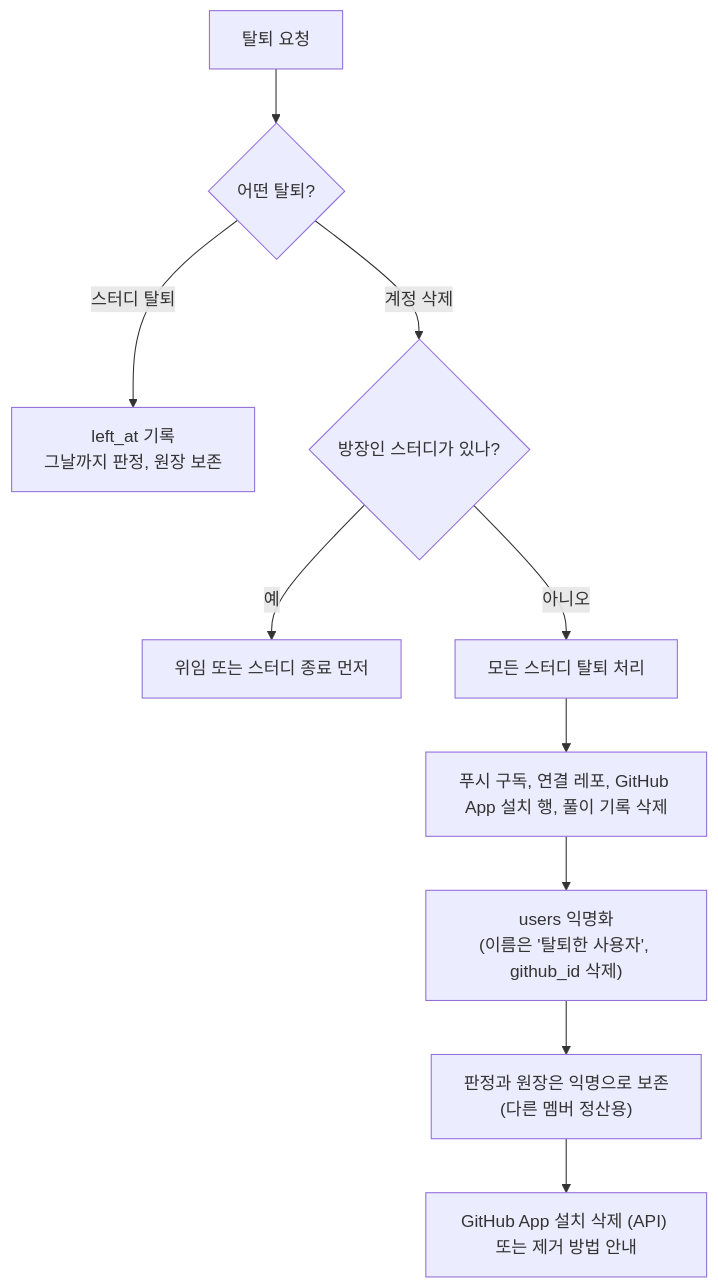
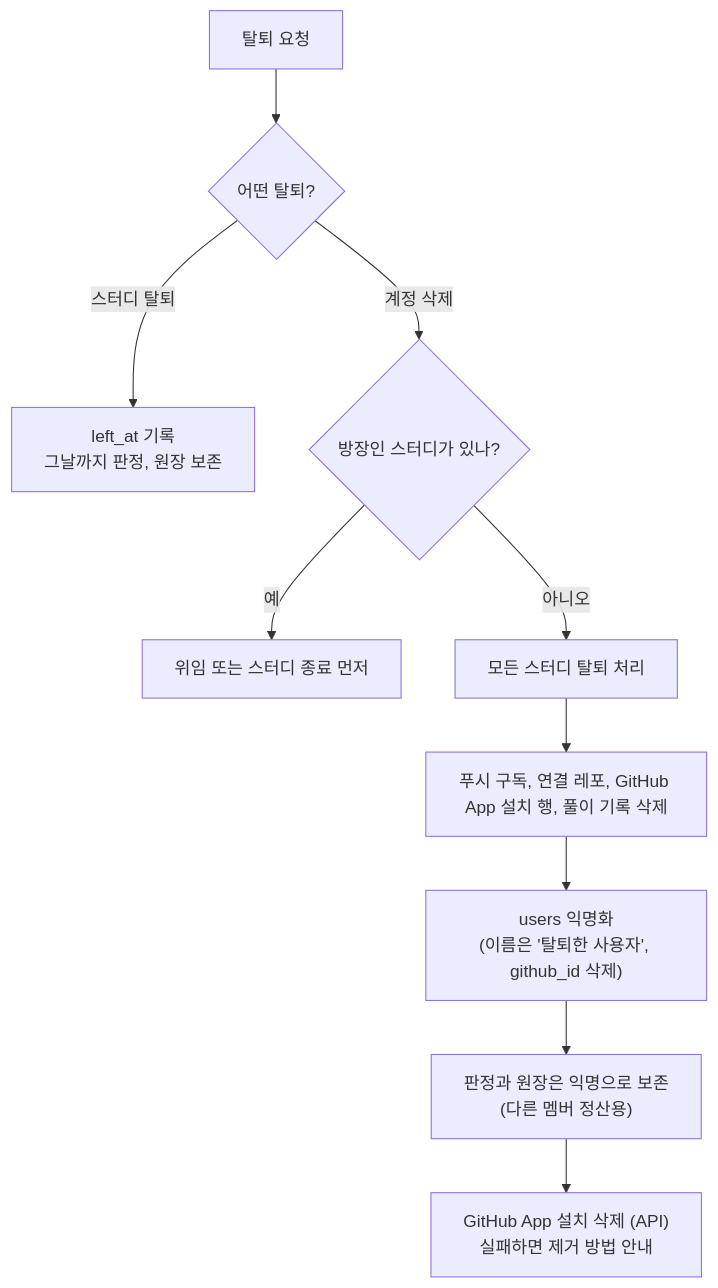
One commit to Duskafka/codingtest-harness changed the diagram in docs/spec/processes/5.16-account-deletion.md. Above: the diagram before and after it, drawn with Mermaid. The commit also changed 3 other files, not shown here.

````diff
--- a/docs/spec/processes/5.16-account-deletion.md
+++ b/docs/spec/processes/5.16-account-deletion.md
@@ -5,12 +5,12 @@
 ```mermaid
 flowchart TD
     A["탈퇴 요청"] --> B{"어떤 탈퇴?"}
     B -->|" 스터디 탈퇴 "| C["left_at 기록<br/>그날까지 판정, 원장 보존"]
     B -->|" 계정 삭제 "| D{"방장인 스터디가 있나?"}
     D -->|" 예 "| E["위임 또는 스터디 종료 먼저"]
     D -->|" 아니오 "| F["모든 스터디 탈퇴 처리"]
     F --> G["푸시 구독, 연결 레포, GitHub App 설치 행, 풀이 기록 삭제"]
     G --> H["users 익명화<br/>(이름은 '탈퇴한 사용자', github_id 삭제)"]
     H --> I["판정과 원장은 익명으로 보존<br/>(다른 멤버 정산용)"]
-    I --> J["GitHub App 설치 삭제 (API) 또는 제거 방법 안내"]
+    I --> J["GitHub App 설치 삭제 (API)<br/>실패하면 제거 방법 안내"]
 ```
````
